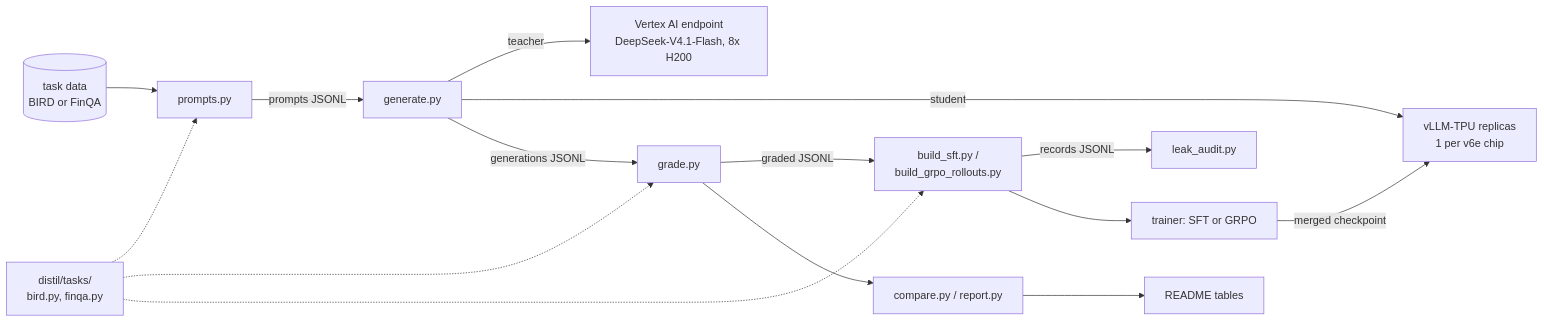
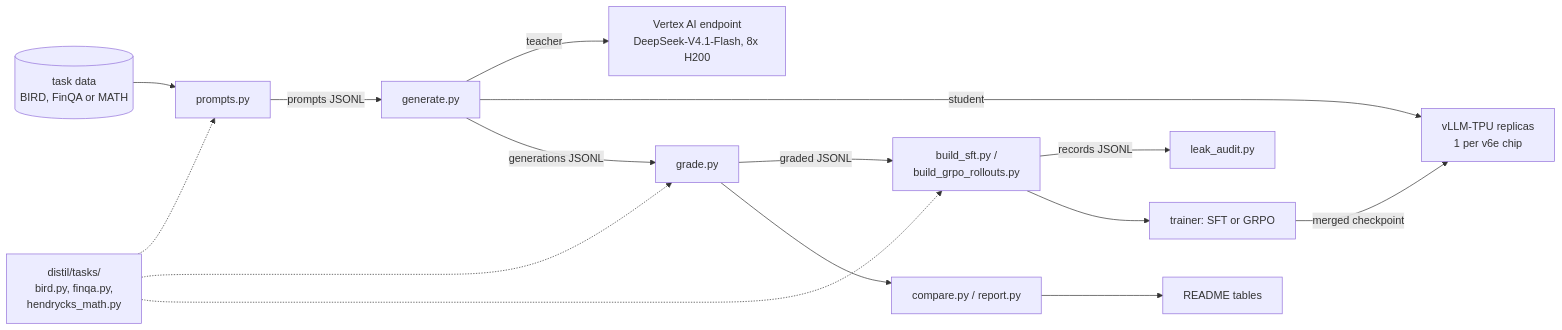
One commit to jawadaminGOOG/tpu-distil changed the diagram in docs/ARCHITECTURE.md. Above: the diagram before and after it, drawn with Mermaid. The commit also changed other lines of this file and 7 other files, not shown here.

````diff
--- a/docs/ARCHITECTURE.md
+++ b/docs/ARCHITECTURE.md
@@ -7,17 +7,17 @@
 ```mermaid
 flowchart LR
-  T[(task data<br/>BIRD or FinQA)] --> P[prompts.py]
-  TK[distil/tasks/<br/>bird.py, finqa.py] -.-> P
+  T[(task data<br/>BIRD, FinQA or MATH)] --> P[prompts.py]
+  TK[distil/tasks/<br/>bird.py, finqa.py,<br/>hendrycks_math.py] -.-> P
   TK -.-> GR
   TK -.-> B
   P -->|prompts JSONL| G[generate.py]
   G -->|teacher| VT[Vertex AI endpoint<br/>DeepSeek-V4.1-Flash, 8x H200]
   G -->|student| VS[vLLM-TPU replicas<br/>1 per v6e chip]
   G -->|generations JSONL| GR[grade.py]
   GR -->|graded JSONL| B[build_sft.py /<br/>build_grpo_rollouts.py]
   B -->|records JSONL| LA[leak_audit.py]
   B --> TR[trainer: SFT or GRPO]
   TR -->|merged checkpoint| VS
   GR --> C[compare.py / report.py]
   C --> R[README tables]
 ```
````
